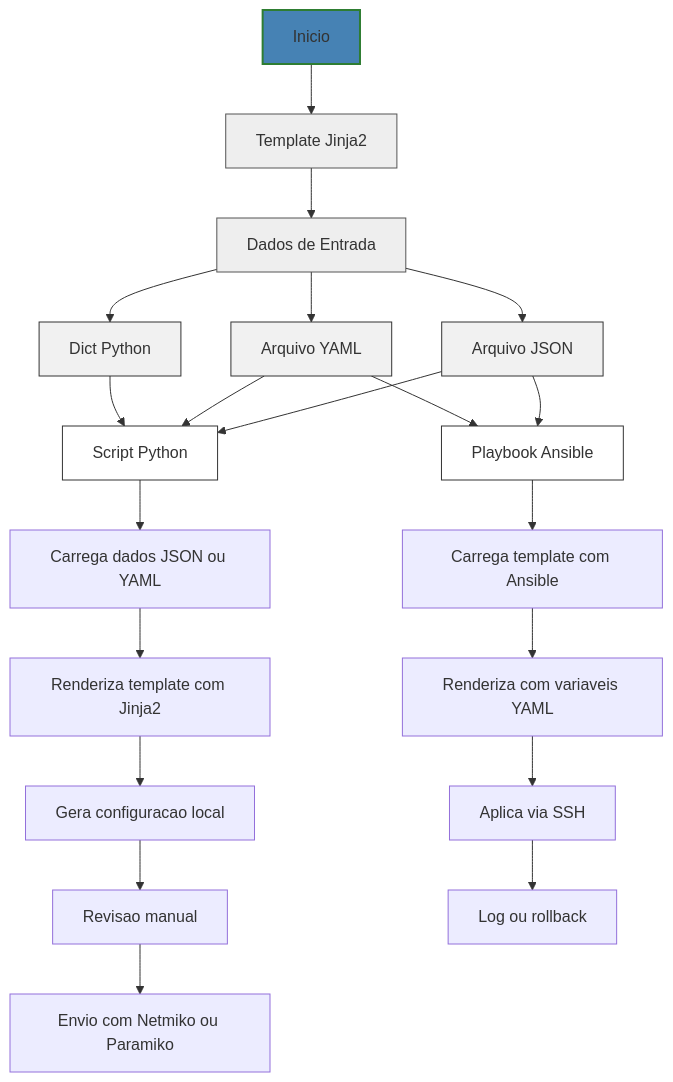
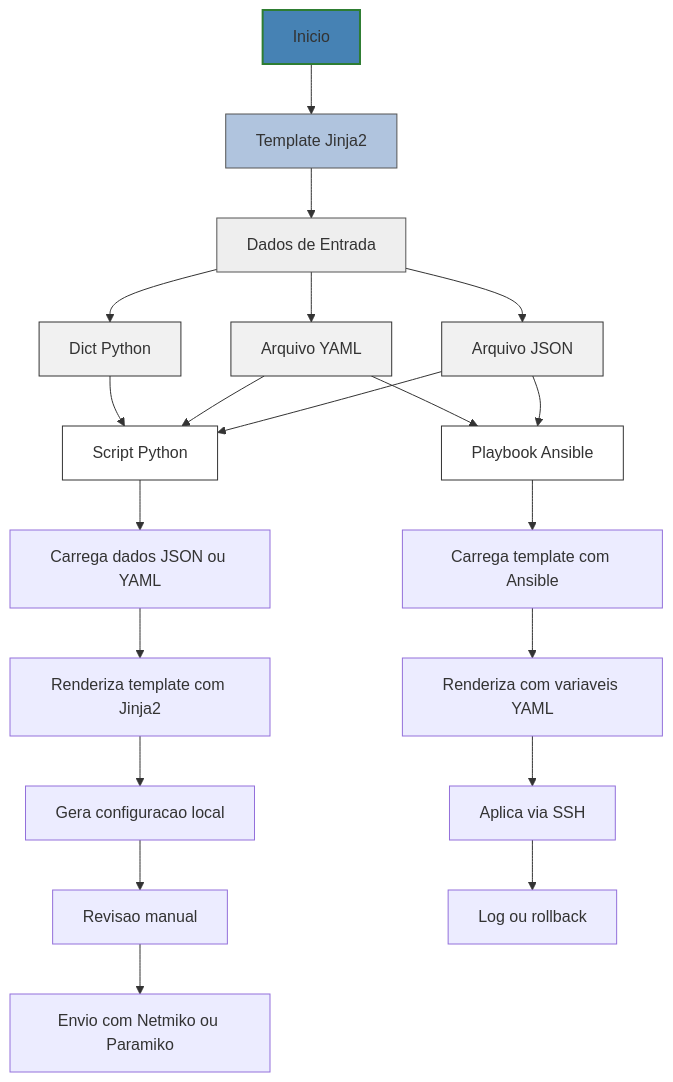
One commit to alcancil/Cisco changed the diagram in CCNP 350-401 ENCOR/06 - Automation/15- Python - Basico 10 - Manipulacao de arquivos/Arquivos/j2/README.md. Above: the diagram before and after it, drawn with Mermaid.

Commit message:
Alterado o arquivo README.md

````diff
--- a/CCNP 350-401 ENCOR/06 - Automation/15- Python - Basico 10 - Manipulacao de arquivos/Arquivos/j2/README.md
+++ b/CCNP 350-401 ENCOR/06 - Automation/15- Python - Basico 10 - Manipulacao de arquivos/Arquivos/j2/README.md
@@ -50,36 +50,36 @@
 ```mermaid
 flowchart TB
 
     A[Inicio] --> B[Template Jinja2]
     B --> C[Dados de Entrada]
 
     C --> C1[Arquivo JSON]
     C --> C2[Arquivo YAML]
     C --> C3[Dict Python]
 
     %% Caminho com Python puro
     C1 & C2 & C3 --> D[Script Python]
     D --> E[Carrega dados JSON ou YAML]
     E --> F[Renderiza template com Jinja2]
     F --> G[Gera configuracao local]
     G --> H[Revisao manual]
     H --> I[Envio com Netmiko ou Paramiko]
 
     %% Caminho com Ansible
     C1 & C2 --> J[Playbook Ansible]
     J --> K[Carrega template com Ansible]
     K --> L[Renderiza com variaveis YAML]
     L --> M[Aplica via SSH]
     M --> N[Log ou rollback]
 
     %% Cores atualizadas
     style A fill:#4682B4,stroke:#2e7d32,stroke-width:2px
-    style B fill:#eeeeee,stroke:#555
+    style B fill:#B0C4DE,stroke:#555
     style C fill:#eeeeee,stroke:#555
     style C1 fill:#f1f1f1,stroke:#333
     style C2 fill:#f1f1f1,stroke:#333
     style C3 fill:#f1f1f1,stroke:#333
     style D fill:#ffffff,stroke:#333
     style J fill:#ffffff,stroke:#333
 
 ```
````
